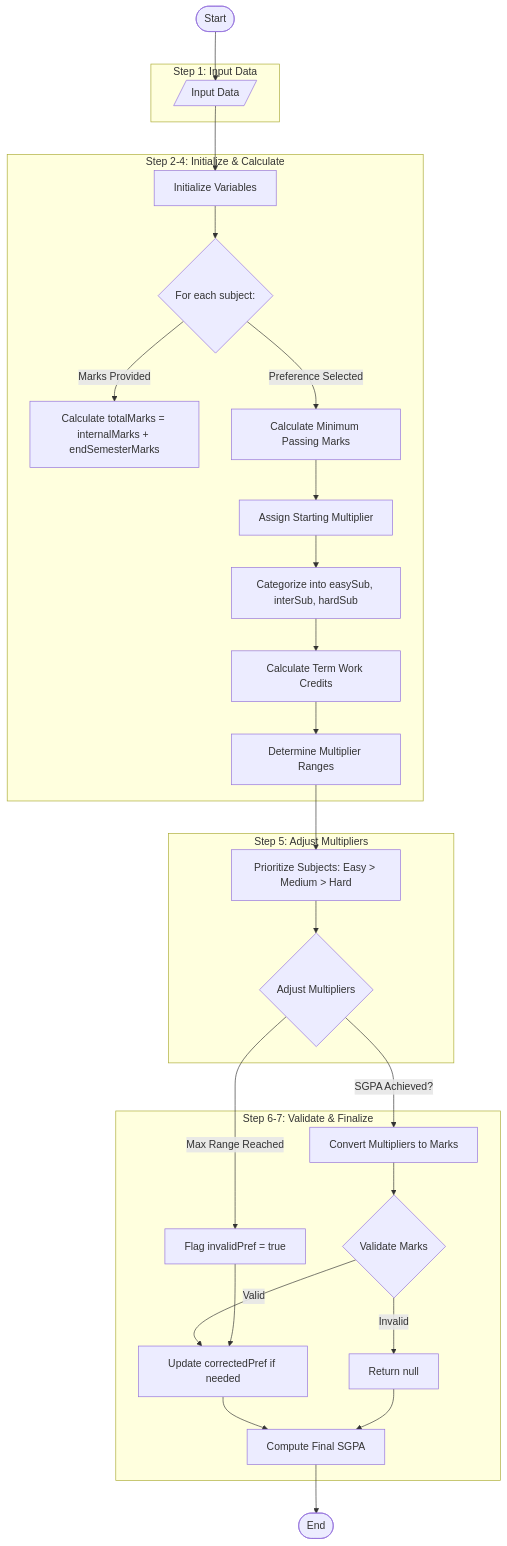
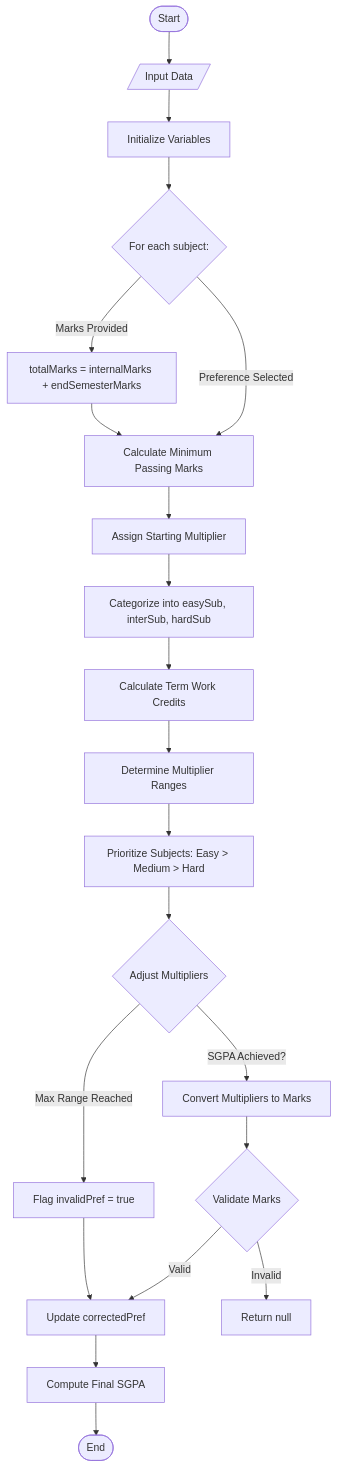
The diagram in README.md (vividron/AceGrade), drawn with Mermaid before and after one commit.

Commit message:
Update README.md flow chart

````diff
--- a/README.md
+++ b/README.md
@@ -136,48 +136,23 @@
 ```mermaid
-flowchart TD
+flowchart TB
   A([Start]) --> B[/Input Data/]
   B --> C[Initialize Variables]
   C --> D{For each subject:}
-  D -->|Marks Provided| E[Calculate totalMarks = internalMarks + endSemesterMarks]
-  D -->|Preference Selected| F[Calculate Minimum Passing Marks]
-  F --> G[Assign Starting Multiplier]
-  G --> H[Categorize into easySub, interSub, hardSub]
-  H --> I[Calculate Term Work Credits]
-  I --> J[Determine Multiplier Ranges]
-  J --> K[Prioritize Subjects: Easy > Medium > Hard]
-  K --> L{Adjust Multipliers}
-  L -->|SGPA Achieved?| M[Convert Multipliers to Marks]
-  L -->|Max Range Reached| N[Flag invalidPref = true]
-  M --> O{Validate Marks}
-  O -->|Valid| P[Update correctedPref if needed]
-  O -->|Invalid| Q[Return null]
+  D -->|Marks Provided| E["totalMarks = internalMarks + endSemesterMarks"]
+  D -->|Preference Selected| F["Calculate Minimum Passing Marks"]
+  F --> G["Assign Starting Multiplier"]
+  E --> F
+  G --> H["Categorize into easySub, interSub, hardSub"]
+  H --> I["Calculate Term Work Credits"]
+  I --> J["Determine Multiplier Ranges"]
+  J --> K["Prioritize Subjects: Easy > Medium > Hard"]
+  K --> L{"Adjust Multipliers"}
+  L -->|SGPA Achieved?| M["Convert Multipliers to Marks"]
+  L -->|Max Range Reached| N["Flag invalidPref = true"]
+  M --> O{"Validate Marks"}
+  O -->|Valid| P["Update correctedPref"]
+  O -->|Invalid| Q["Return null"]
   N --> P
-  P --> R[Compute Final SGPA]
-  Q --> R
+  P --> R["Compute Final SGPA"]
   R --> S([End])
-  subgraph "Step 1: Input Data"
-    B
-  end
-  subgraph "Step 2-4: Initialize & Calculate"
-    C
-    D
-    E
-    F
-    G
-    H
-    I
-    J
-  end
-  subgraph "Step 5: Adjust Multipliers"
-    K
-    L
-  end
-  subgraph "Step 6-7: Validate & Finalize"
-    M
-    N
-    O
-    P
-    Q
-    R
-  end
 ```
````
